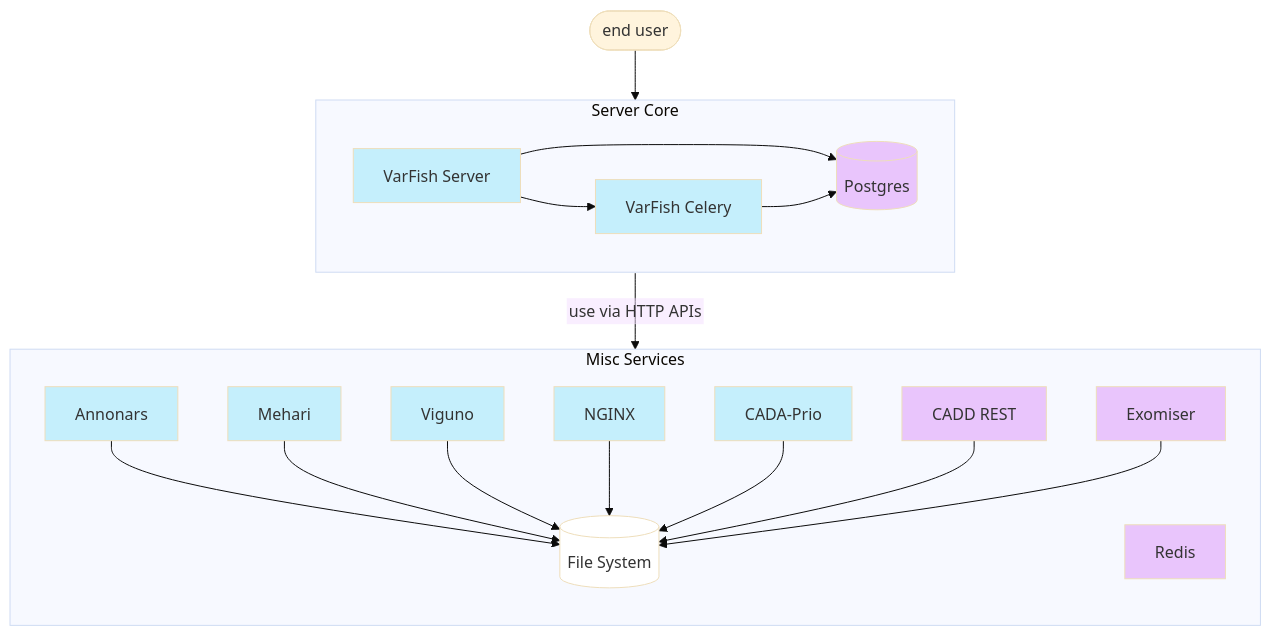
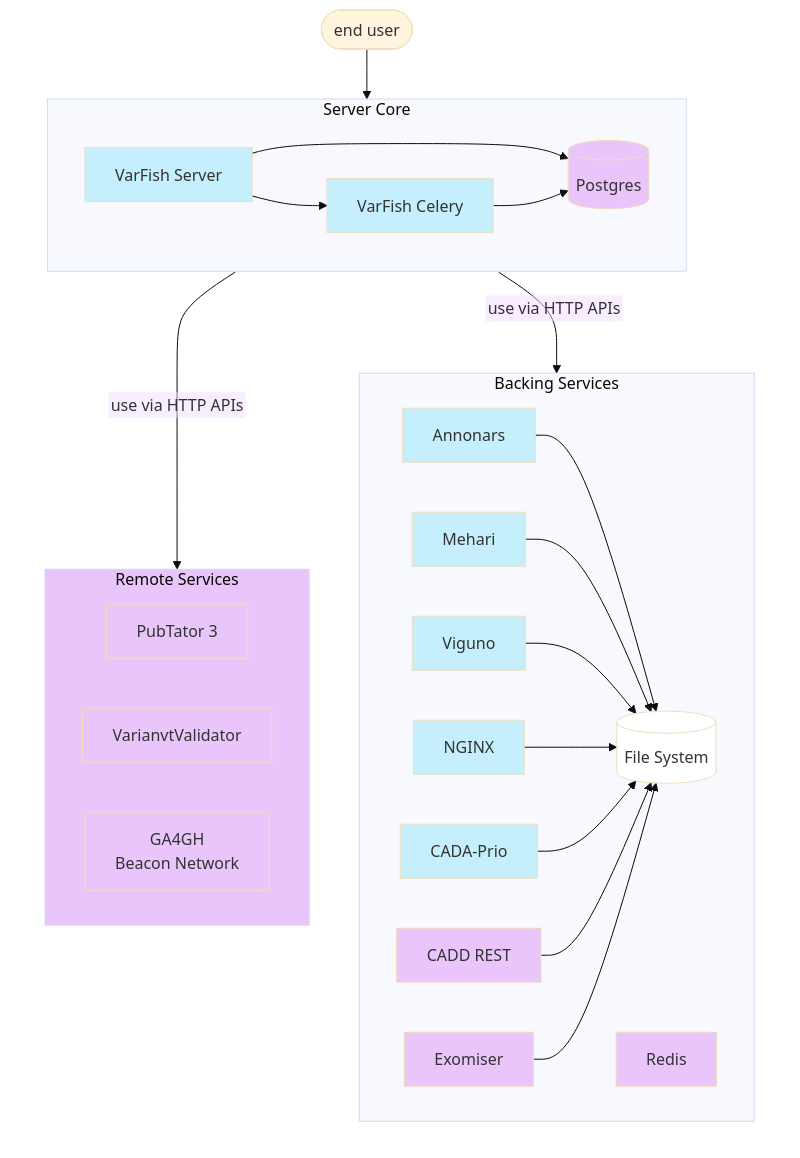
One commit to varfish-org/varfish-dev-docs changed the diagram in src/doc_architecture.rst. Above: the diagram before and after it, drawn with Mermaid (base theme). The commit also changed other lines of this file and 2 other files, not shown here.

Commit message:
docs: initial dataflow description (#3)

```diff
--- a/src/doc_architecture.rst
+++ b/src/doc_architecture.rst
@@ -14,52 +14,66 @@
 .. mermaid::
 
     %%{init: {"flowchart": {"htmlLabels": false}} }%%
     flowchart TB
       %% subgraph key [key/legend]
       %%   direction TB
       %%   owned:::owned
       %%   3rd-party:::thirdParty
       %% end
       %% key:::neutral
 
-      subgraph Services [Misc Services]
-        direction TB
+      subgraph X [.]
+        subgraph BackingServices [Backing Services]
+          direction LR
 
-        annonars[Annonars]:::owned
-        mehari[Mehari]:::owned
-        viguno[Viguno]:::owned
-        nginx[NGINX]:::owned
-        fs[(File System)]:::neutral
-        cada-prio[CADA-Prio]:::owned
-        cadd-rest-api[CADD REST]:::thirdParty
-        exomiser[Exomiser]:::thirdParty
-        redis[Redis]:::thirdParty
+          annonars[Annonars]:::owned
+          mehari[Mehari]:::owned
+          viguno[Viguno]:::owned
+          nginx[NGINX]:::owned
+          fs[(File System)]:::neutral
+          cadaPrio[CADA-Prio]:::owned
+          caddRestApi[CADD REST]:::thirdParty
+          exomiser[Exomiser]:::thirdParty
+          redis[Redis]:::thirdParty
 
-        annonars --> fs
-        mehari --> fs
-        viguno --> fs
-        nginx --> fs
-        cada-prio --> fs
-        cadd-rest-api --> fs
-        exomiser --> fs
+          annonars --> fs
+          mehari --> fs
+          viguno --> fs
+          nginx --> fs
+          cadaPrio --> fs
+          caddRestApi --> fs
+          exomiser --> fs
+        end
+
+        subgraph RemoteServices [Remote Services]
+          direction LR
+
+          pubtator[PubTator 3]:::thirdParty
+          variantValidator[VarianvtValidator]:::thirdParty
+          ga4ghBeacon[GA4GH\nBeacon Network]:::thirdParty
+        end
+        RemoteServices:::thirdParty
       end
+      X:::transparent
 
       subgraph Core [Server Core]
         direction LR
 
-        varfish-server[VarFish Server]:::owned
-        varfish-celeryd[VarFish Celery]:::owned
+        varfishServer[VarFish Server]:::owned
+        varfishCeleryd[VarFish Celery]:::owned
         postgres[(Postgres)]:::thirdParty
-        varfish-server --> varfish-celeryd
-        varfish-server --> postgres
-        varfish-celeryd --> postgres
+        varfishServer --> varfishCeleryd
+        varfishServer --> postgres
+        varfishCeleryd --> postgres
       end
 
       user([end user])
 
-      Core -- "use via HTTP APIs" --> Services
-      user --> varfish-server
+      Core -- "use via HTTP APIs" --> BackingServices
+      Core -- "use via HTTP APIs" --> RemoteServices
+      user --> varfishServer
 
       classDef neutral fill:white
       classDef owned fill:#c5effc
       classDef thirdParty fill:#e9c5fc
+      classDef transparent fill:white,stroke:white,color:white
```
